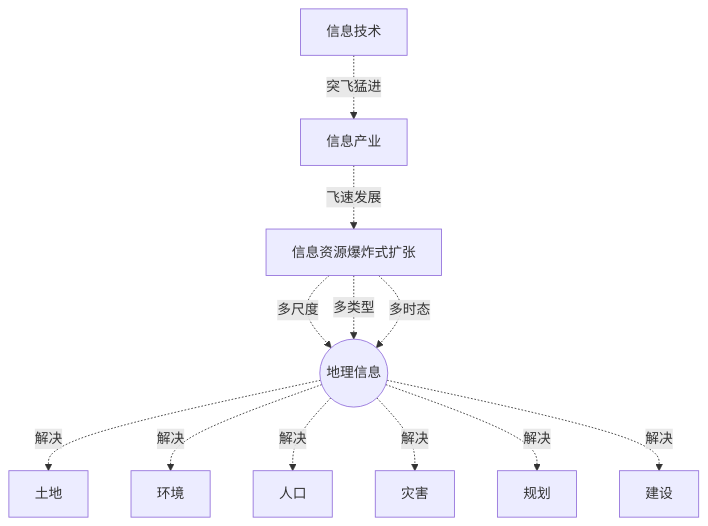
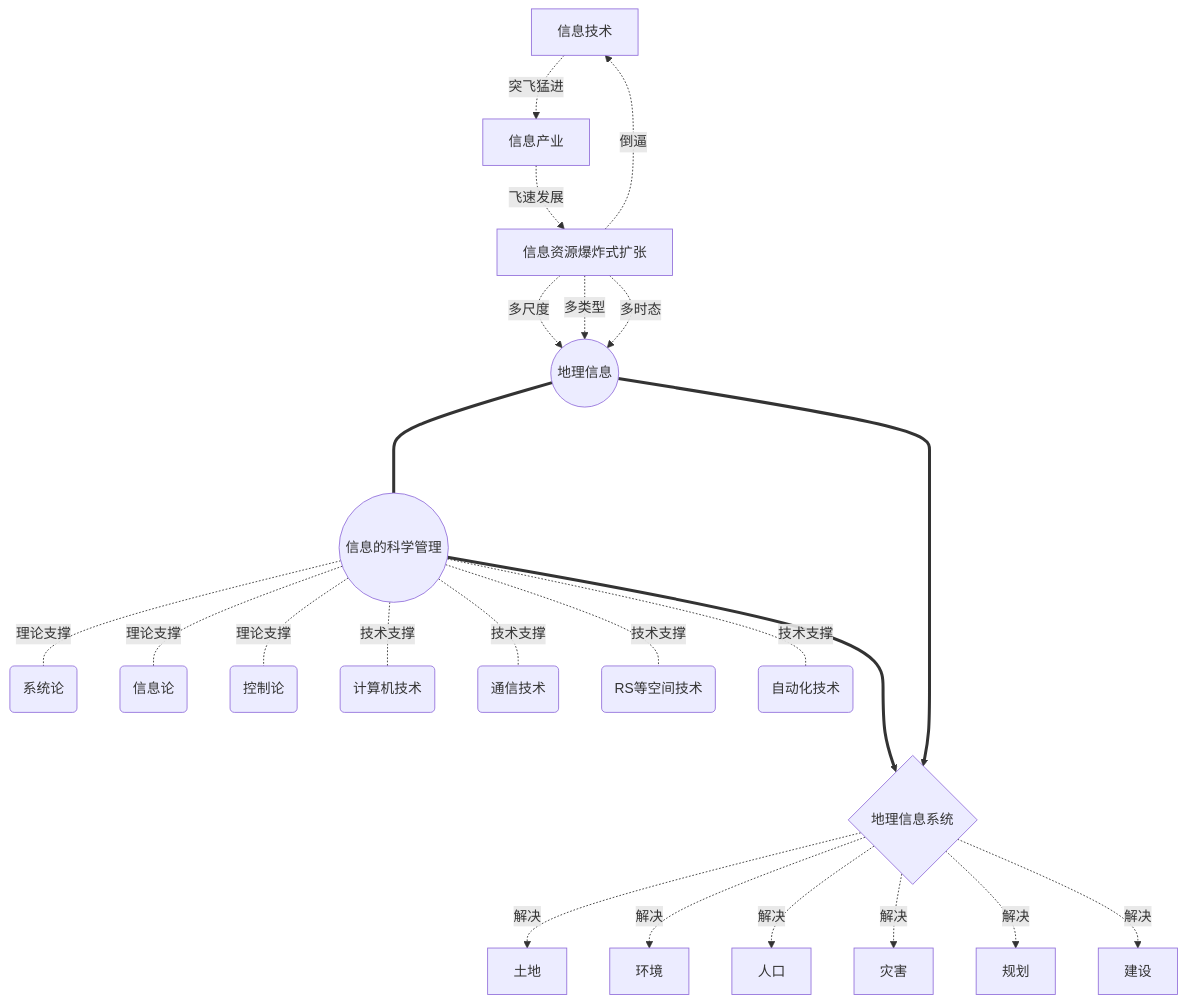
The first of 3 diagrams in NUIST地信原理.md (TeDaBaoXue/NUIST-Geographic_Information_System), drawn with Mermaid before and after one commit.

````diff
--- a/NUIST地信原理.md
+++ b/NUIST地信原理.md
@@ -39,8 +39,11 @@
 ```mermaid
 graph 
 信息技术-.突飞猛进.->信息产业-.飞速发展.->信息资源爆炸式扩张-.多尺度.->GI((地理信息))
 信息资源爆炸式扩张-.多类型.->GI((地理信息))
 信息资源爆炸式扩张-.多时态.->GI((地理信息))
-GI((地理信息))-.解决.->土地 & 环境 & 人口 & 灾害 & 规划 & 建设
-
+信息资源爆炸式扩张-.倒逼.->信息技术
+GIS{地理信息系统}-.解决.->土地 & 环境 & 人口 & 灾害 & 规划 & 建设
+M((信息的科学管理))-.理论支撑.- L1(系统论) & L2(信息论) & L3(控制论)
+GI((地理信息))====M((信息的科学管理)) -.技术支撑.- T1(计算机技术) & T2(通信技术) & T3(RS等空间技术) & T4(自动化技术)
+GI((地理信息)) & M((信息的科学管理)) ===> GIS{地理信息系统}
 ```
````
